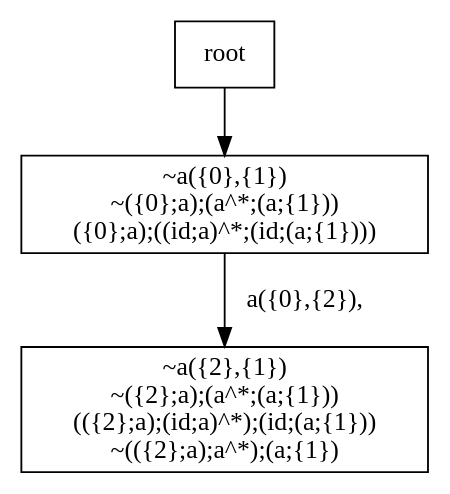
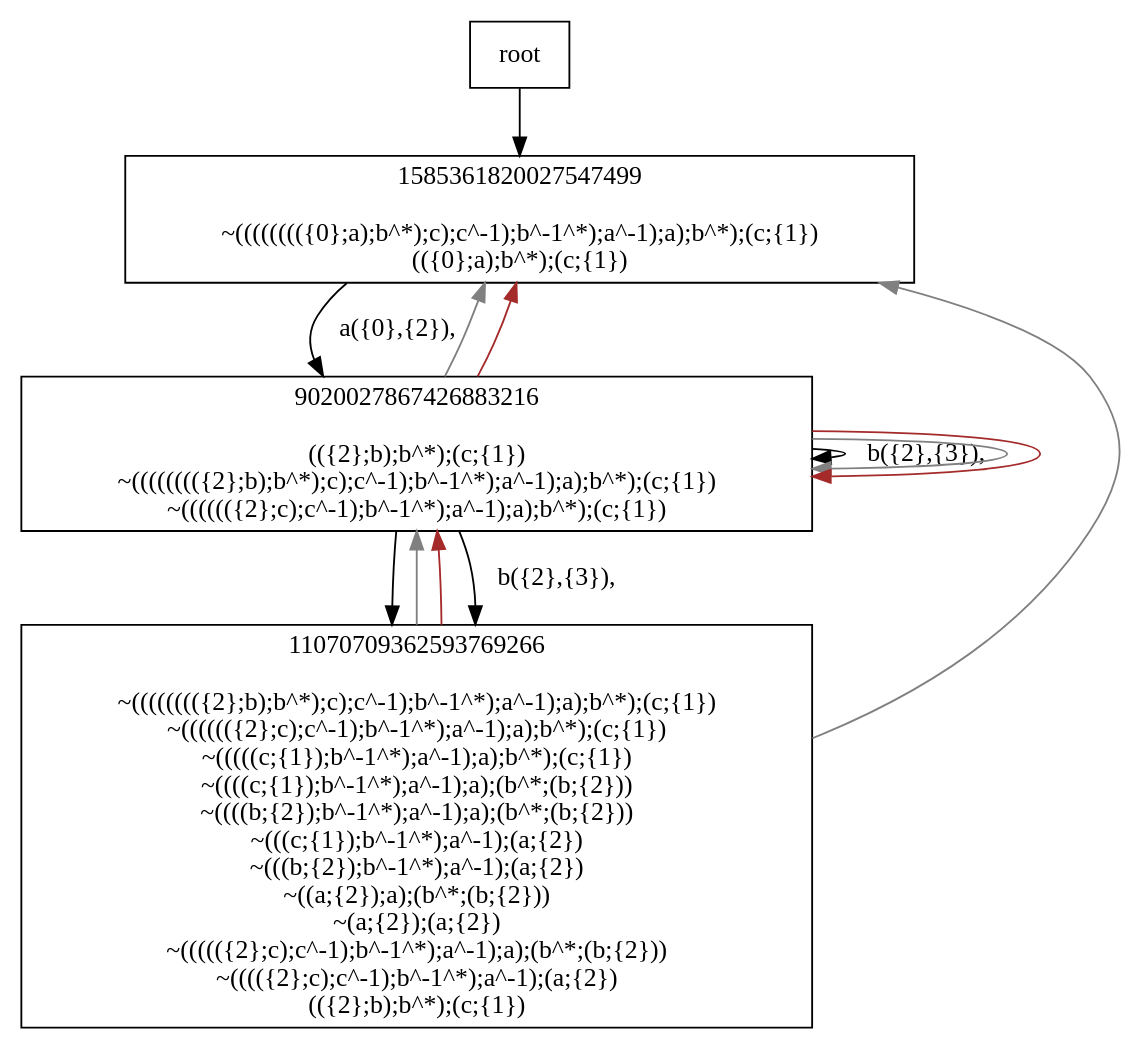
One commit to jangreen/rat changed the diagram in output/regular-debug.dot. Above: the diagram before and after it, drawn with Graphviz. The commit also changed 13 other files, not shown here.

```diff
--- a/output/regular-debug.dot
+++ b/output/regular-debug.dot
@@ -1,15 +1,45 @@
 digraph {
 node[shape="box"]
-N0x150807430[label="~a({0},{1})
-~({0};a);(a^*;(a;{1}))
-({0};a);((id;a)^*;(id;(a;{1})))
+N0x14c70cb10[label="1585361820027547499
+
+~(((((((({0};a);b^*);c);c^-1);b^-1^*);a^-1);a);b^*);(c;{1})
+(({0};a);b^*);(c;{1})
 "];
-N0x150807430 -> N0x150906680[label="a({0},{2}), 
+N0x14c70cb10 -> N0x14c717190[label="a({0},{2}), 
 "];
-N0x150906680[label="~a({2},{1})
-~({2};a);(a^*;(a;{1}))
-(({2};a);(id;a)^*);(id;(a;{1}))
-~(({2};a);a^*);(a;{1})
+N0x14c717190[label="9020027867426883216
+
+(({2};b);b^*);(c;{1})
+~(((((((({2};b);b^*);c);c^-1);b^-1^*);a^-1);a);b^*);(c;{1})
+~(((((({2};c);c^-1);b^-1^*);a^-1);a);b^*);(c;{1})
 "];
-root -> N0x150807430;
+N0x14c717190 -> N0x14c717190[label="b({2},{3}), 
+"];
+N0x14c717190 -> N0x14d819580[label="
+"];
+N0x14c717190 -> N0x14d819580[label="b({2},{3}), 
+"];
+N0x14c717190 -> N0x14c70cb10[color="grey"];
+N0x14c717190 -> N0x14c717190[color="grey"];
+N0x14c717190 -> N0x14c70cb10[color="brown"];
+N0x14c717190 -> N0x14c717190[color="brown"];
+N0x14d819580[label="11070709362593769266
+
+~(((((((({2};b);b^*);c);c^-1);b^-1^*);a^-1);a);b^*);(c;{1})
+~(((((({2};c);c^-1);b^-1^*);a^-1);a);b^*);(c;{1})
+~(((((c;{1});b^-1^*);a^-1);a);b^*);(c;{1})
+~((((c;{1});b^-1^*);a^-1);a);(b^*;(b;{2}))
+~((((b;{2});b^-1^*);a^-1);a);(b^*;(b;{2}))
+~(((c;{1});b^-1^*);a^-1);(a;{2})
+~(((b;{2});b^-1^*);a^-1);(a;{2})
+~((a;{2});a);(b^*;(b;{2}))
+~(a;{2});(a;{2})
+~((((({2};c);c^-1);b^-1^*);a^-1);a);(b^*;(b;{2}))
+~(((({2};c);c^-1);b^-1^*);a^-1);(a;{2})
+(({2};b);b^*);(c;{1})
+"];
+N0x14d819580 -> N0x14c70cb10[color="grey"];
+N0x14d819580 -> N0x14c717190[color="grey"];
+N0x14d819580 -> N0x14c717190[color="brown"];
+root -> N0x14c70cb10;
 }
```
